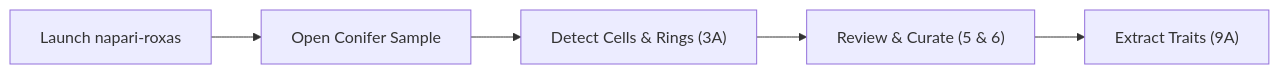
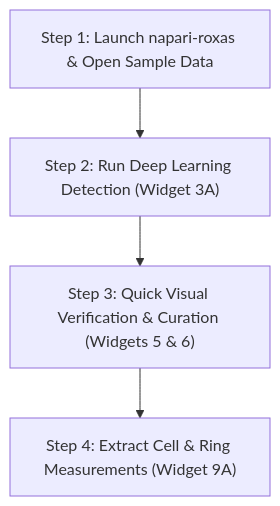
One commit to roxas-ai/napari-roxas-ai changed the first of 3 diagrams in docs/tutorials/workflows.md. Above: the diagram before and after it, drawn with Mermaid. The commit also changed other lines of this file and 9 other files, not shown here.

````diff
--- a/docs/tutorials/workflows.md
+++ b/docs/tutorials/workflows.md
@@ -11,7 +11,6 @@
 ```mermaid
-flowchart LR
-    A["Launch napari-roxas"] --> B["Open Conifer Sample"]
-    B --> C["Detect Cells & Rings (3A)"]
-    C --> D["Review & Curate (5 & 6)"]
-    D --> E["Extract Traits (9A)"]
+flowchart TD
+    S1["Step 1: Launch napari-roxas & Open Sample Data"] --> S2["Step 2: Run Deep Learning Detection (Widget 3A)"]
+    S2 --> S3["Step 3: Quick Visual Verification & Curation (Widgets 5 & 6)"]
+    S3 --> S4["Step 4: Extract Cell & Ring Measurements (Widget 9A)"]
 ```
````
